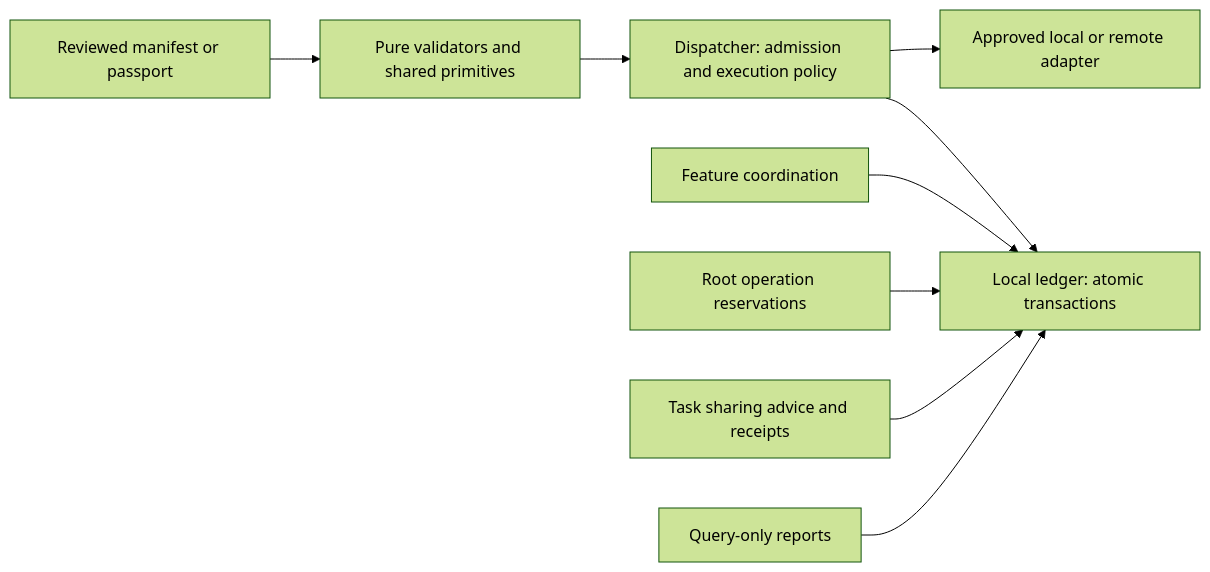
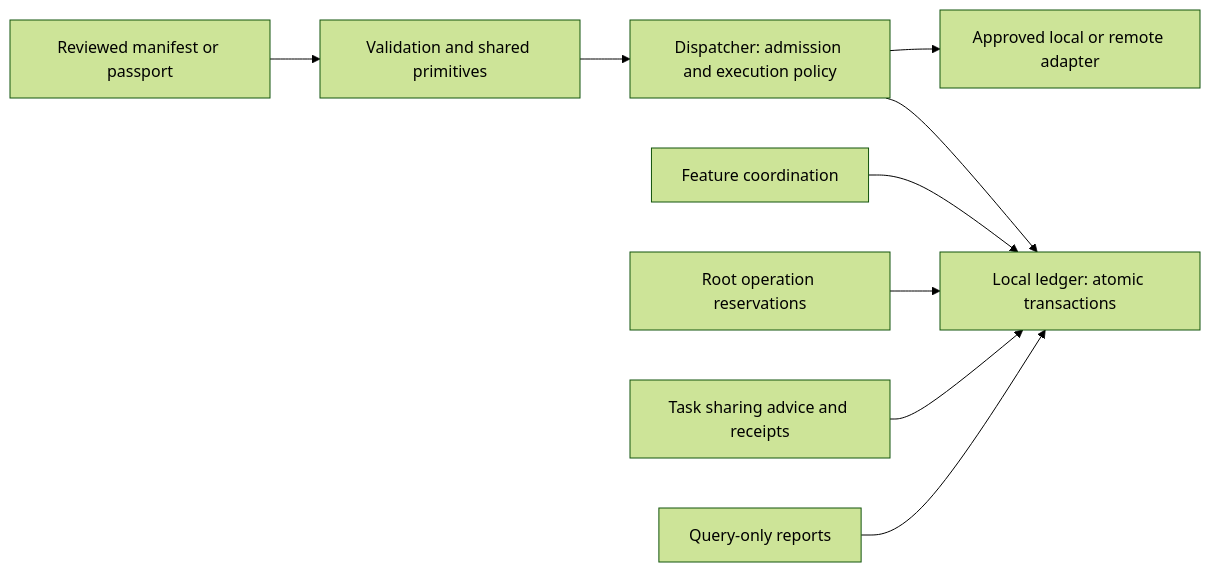
The diagram in packages/core/parallelism/docs/core-internals.md (zxc0zxc0zxc/palarran-framework), drawn with Mermaid (forest theme) before and after one commit. The commit also changed other lines of this file and 7 other files, not shown here.

````diff
--- a/packages/core/parallelism/docs/core-internals.md
+++ b/packages/core/parallelism/docs/core-internals.md
@@ -5,11 +5,11 @@
 ```mermaid
 flowchart LR
-  Input[Reviewed manifest or passport] --> Validation[Pure validators and shared primitives]
+  Input[Reviewed manifest or passport] --> Validation[Validation and shared primitives]
   Validation --> Dispatch[Dispatcher: admission and execution policy]
   Dispatch --> Ledger[Local ledger: atomic transactions]
   Feature[Feature coordination] --> Ledger
   Budget[Root operation reservations] --> Ledger
   Sharing[Task sharing advice and receipts] --> Ledger
   View[Query-only reports] --> Ledger
   Dispatch --> Adapter[Approved local or remote adapter]
 ```
````
